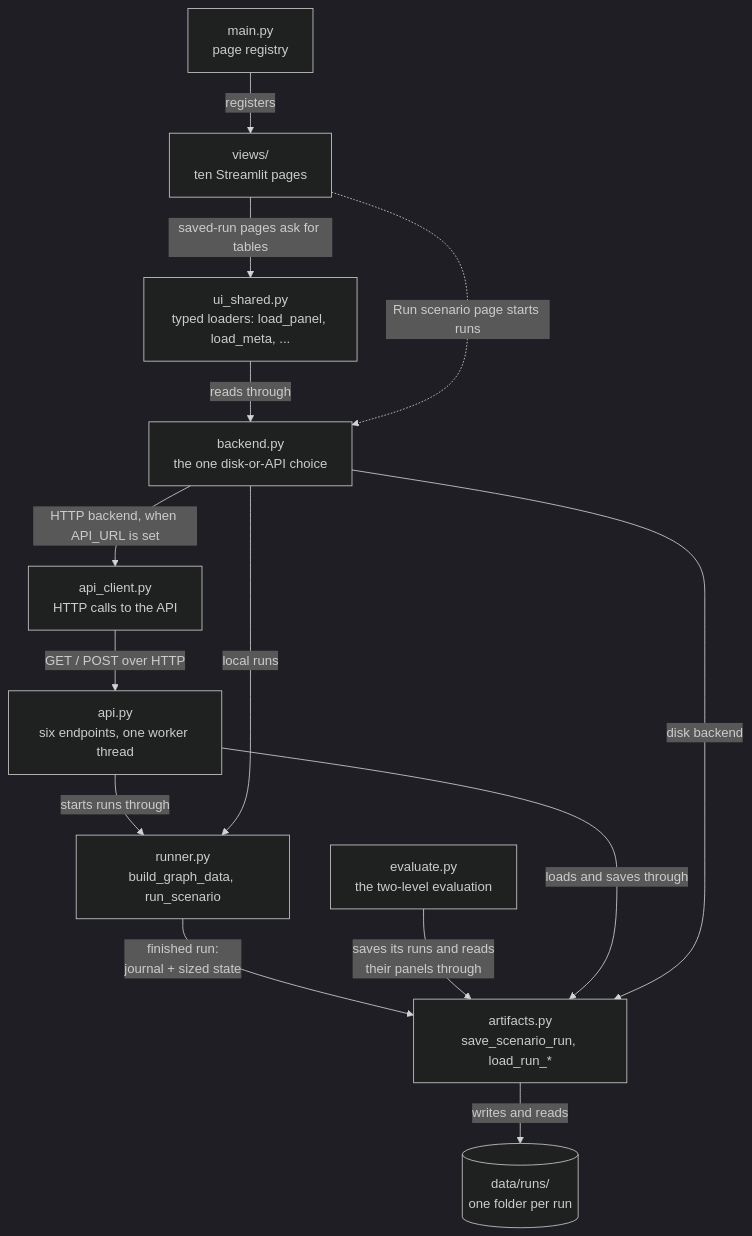
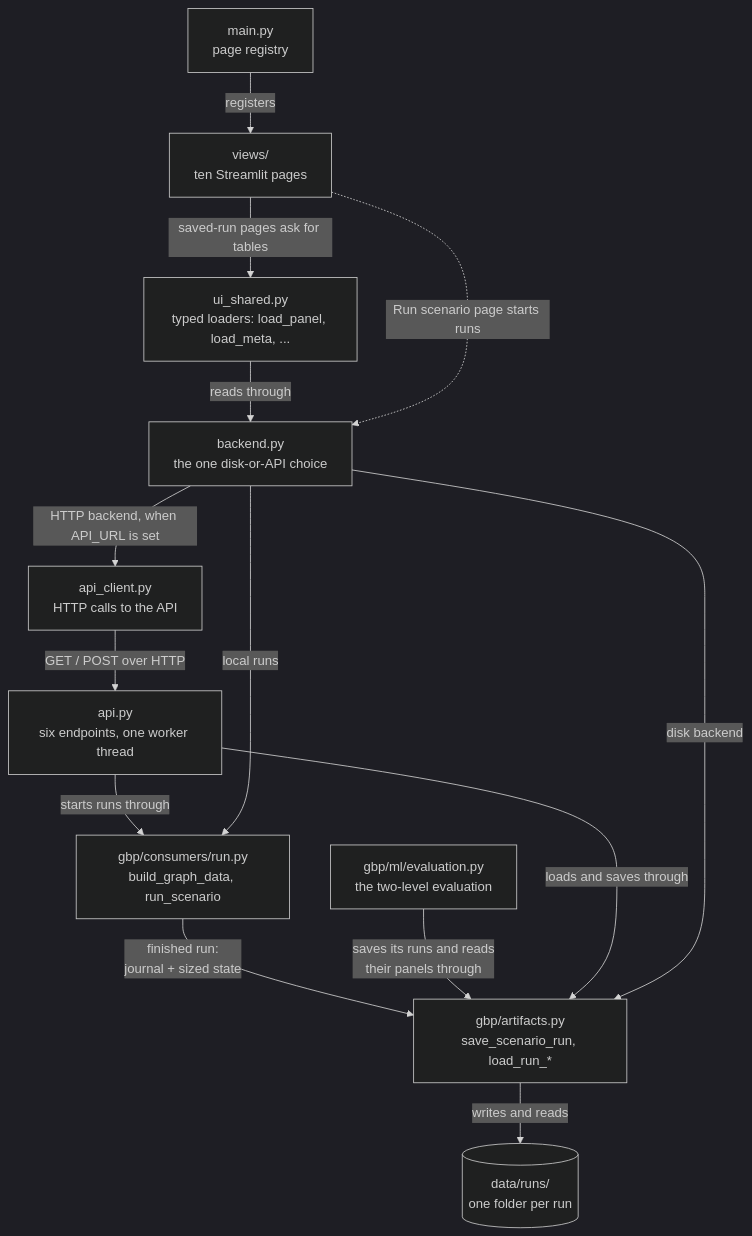
Before and after one commit to vlzm/GFDRR: the fifth of 5 diagrams in docs/key-components/overview.md, drawn with Mermaid (dark theme). The commit also changed other lines of this file and 6 other files, not shown here.

First line of the commit message:
docs: update the architecture docs for the app -> gbp move

````diff
--- a/docs/key-components/overview.md
+++ b/docs/key-components/overview.md
@@ -275,27 +279,27 @@
 ```mermaid
 flowchart TB
-    runner["runner.py<br/>build_graph_data, run_scenario"]
-    evaluate["evaluate.py<br/>the two-level evaluation"]
-    artifacts["artifacts.py<br/>save_scenario_run, load_run_*"]
+    run["gbp/consumers/run.py<br/>build_graph_data, run_scenario"]
+    evaluate["gbp/ml/evaluation.py<br/>the two-level evaluation"]
+    artifacts["gbp/artifacts.py<br/>save_scenario_run, load_run_*"]
     runs[("data/runs/<br/>one folder per run")]
     api["api.py<br/>six endpoints, one worker thread"]
     client["api_client.py<br/>HTTP calls to the API"]
     backend["backend.py<br/>the one disk-or-API choice"]
     shared["ui_shared.py<br/>typed loaders: load_panel, load_meta, ..."]
     main["main.py<br/>page registry"]
     views["views/<br/>ten Streamlit pages"]
 
-    runner -->|"finished run:<br/>journal + sized state"| artifacts
+    run -->|"finished run:<br/>journal + sized state"| artifacts
     evaluate -->|"saves its runs and reads<br/>their panels through"| artifacts
     artifacts -->|"writes and reads"| runs
-    api -->|"starts runs through"| runner
+    api -->|"starts runs through"| run
     api -->|"loads and saves through"| artifacts
     client -->|"GET / POST over HTTP"| api
     shared -->|"reads through"| backend
     backend -->|"disk backend"| artifacts
     backend -->|"HTTP backend, when API_URL is set"| client
-    backend -->|"local runs"| runner
+    backend -->|"local runs"| run
     main -->|"registers"| views
     views -->|"saved-run pages ask for tables"| shared
     views -.->|"Run scenario page starts runs"| backend
 ```
````
